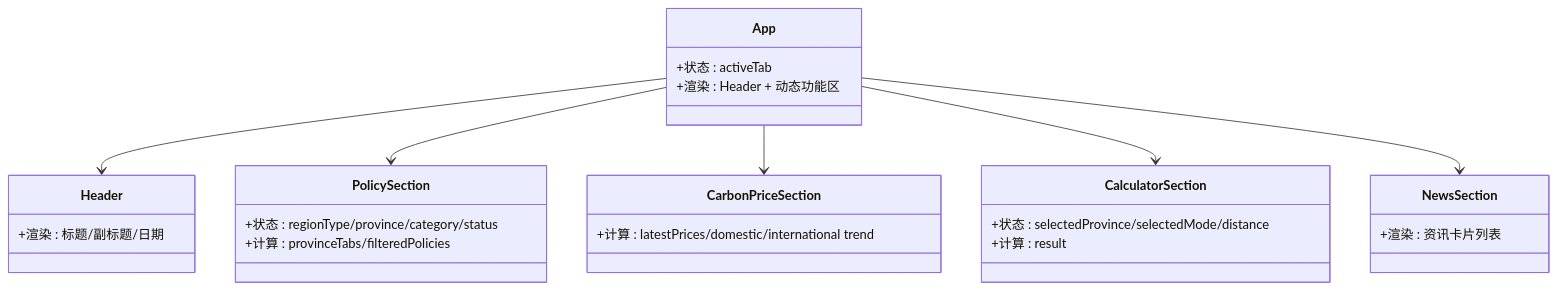
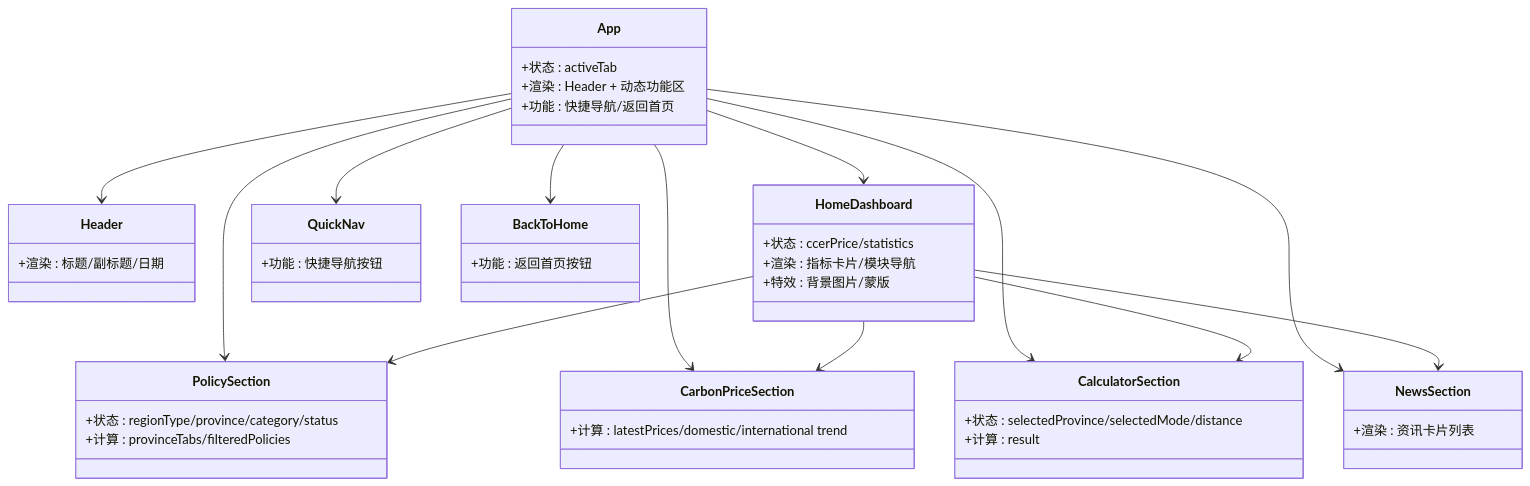
Before and after one commit to liangxuanliang-cmd/carbon-info-agent: the third of 6 diagrams in .qoder/repowiki/zh/content/架构设计/应用架构.md, drawn with Mermaid. The commit also changed other lines of this file and 14 other files, not shown here.

````diff
--- a/.qoder/repowiki/zh/content/架构设计/应用架构.md
+++ b/.qoder/repowiki/zh/content/架构设计/应用架构.md
@@ -181,29 +214,48 @@
 ```mermaid
 classDiagram
 class App {
 +状态 : activeTab
 +渲染 : Header + 动态功能区
++功能 : 快捷导航/返回首页
 }
 class Header {
 +渲染 : 标题/副标题/日期
+}
+class HomeDashboard {
++状态 : ccerPrice/statistics
++渲染 : 指标卡片/模块导航
++特效 : 背景图片/蒙版
 }
 class PolicySection {
 +状态 : regionType/province/category/status
 +计算 : provinceTabs/filteredPolicies
 }
 class CarbonPriceSection {
 +计算 : latestPrices/domestic/international trend
 }
 class CalculatorSection {
 +状态 : selectedProvince/selectedMode/distance
 +计算 : result
 }
 class NewsSection {
 +渲染 : 资讯卡片列表
 }
+class QuickNav {
++功能 : 快捷导航按钮
+}
+class BackToHome {
++功能 : 返回首页按钮
+}
 App --> Header
+App --> HomeDashboard
 App --> PolicySection
 App --> CarbonPriceSection
 App --> CalculatorSection
 App --> NewsSection
+App --> QuickNav
+App --> BackToHome
+HomeDashboard --> PolicySection
+HomeDashboard --> CarbonPriceSection
+HomeDashboard --> CalculatorSection
+HomeDashboard --> NewsSection
 ```
````
